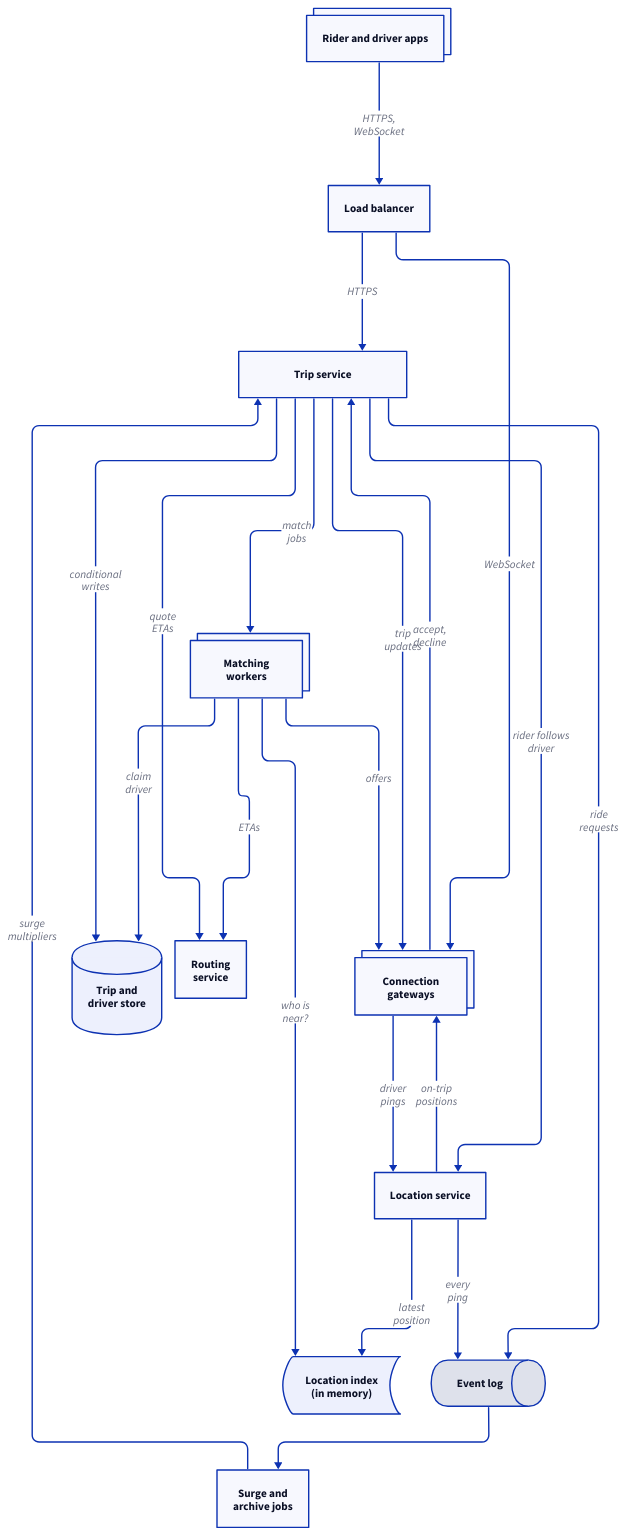
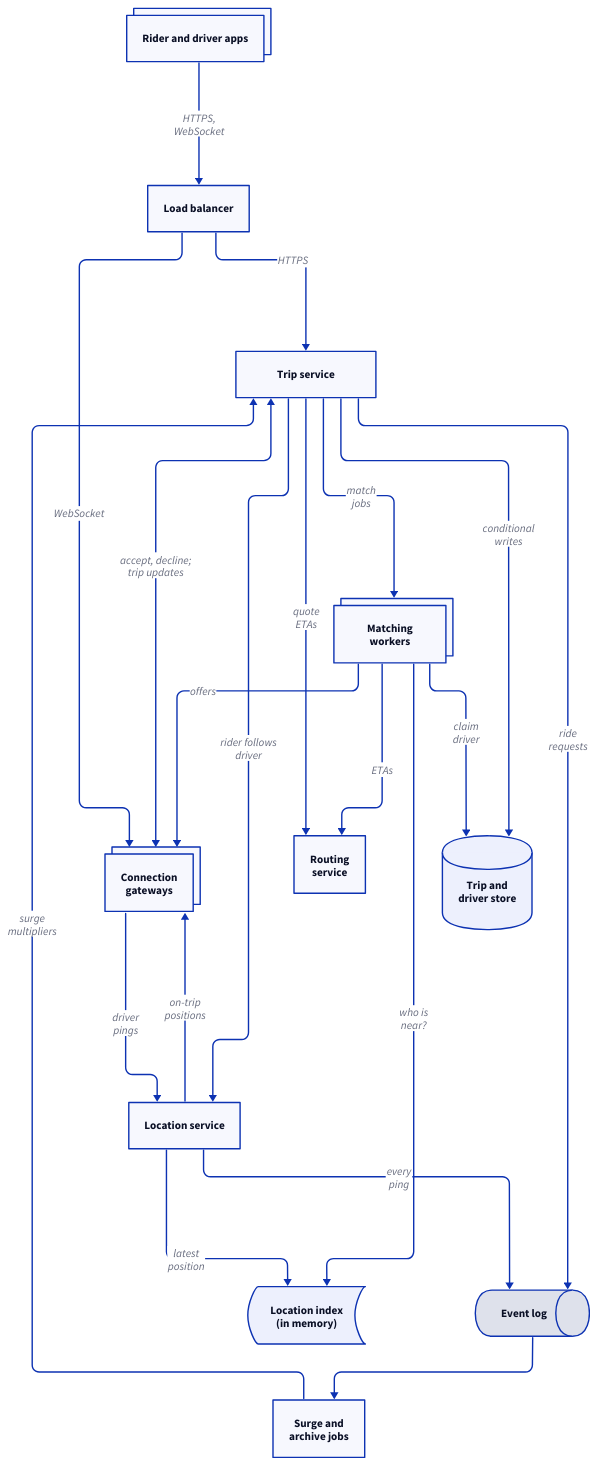
The diagram in src/system-design/diagrams/ride-sharing/architecture.d2 (enbattle/til), drawn with D2 before and after one commit. The commit also changed 3 other files, not shown here.

First line of the commit message:
Fix overlapping edge labels in the ride-sharing diagram

```diff
--- a/src/system-design/diagrams/ride-sharing/architecture.d2
+++ b/src/system-design/diagrams/ride-sharing/architecture.d2
@@ -1,59 +1,58 @@
 # High-level architecture of the ride-sharing service. Driver pings flow
 # through the gateways to the location service, which keeps the latest
 # position in the in-memory index and appends every ping to the event log,
 # which also carries the trip service's ride requests for the surge job. The
 # trip service tells the location service which rider follows which driver.
 # Rides go through the trip service; matching workers find, rank and claim
 # drivers and send offers through the gateways. Arrows point from the side
 # that starts the call or sends the data.
 direction: down
 vars: {
   d2-config: {
     layout-engine: elk
   }
 }
 
 apps: Rider and driver apps {
   style.multiple: true
 }
 lb: Load balancer
 gw: "Connection\ngateways" {
   style.multiple: true
 }
 loc: Location service
 index: "Location index\n(in memory)" {
   shape: stored_data
 }
 log: "Event log" {
   shape: queue
 }
 jobs: "Surge and\narchive jobs"
 trip: Trip service
 match: "Matching\nworkers" {
   style.multiple: true
 }
 routing: "Routing\nservice"
 store: "Trip and\ndriver store" {
   shape: cylinder
 }
 
 apps -> lb: "HTTPS,\nWebSocket"
 lb -> gw: "WebSocket"
 lb -> trip: "HTTPS"
 gw -> loc: "driver\npings"
 loc -> index: "latest\nposition"
 loc -> log: "every\nping"
 loc -> gw: "on-trip\npositions"
 log -> jobs
 jobs -> trip: "surge\nmultipliers"
-gw -> trip: "accept,\ndecline"
+gw <-> trip: "accept, decline;\ntrip updates"
 trip -> store: "conditional\nwrites"
 trip -> match: "match\njobs"
-trip -> gw: "trip\nupdates"
 trip -> routing: "quote\nETAs"
 trip -> loc: "rider follows\ndriver"
 trip -> log: "ride\nrequests"
 match -> index: "who is\nnear?"
 match -> routing: "ETAs"
 match -> store: "claim\ndriver"
 match -> gw: "offers"
```
